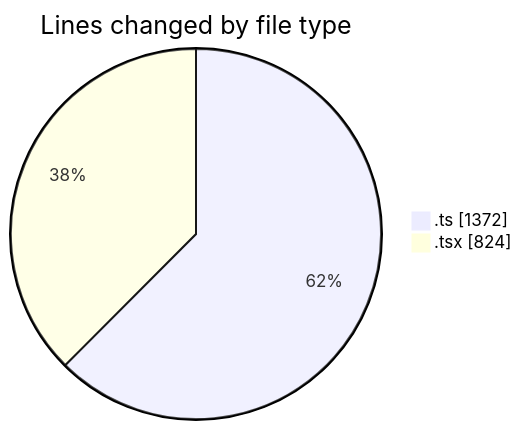
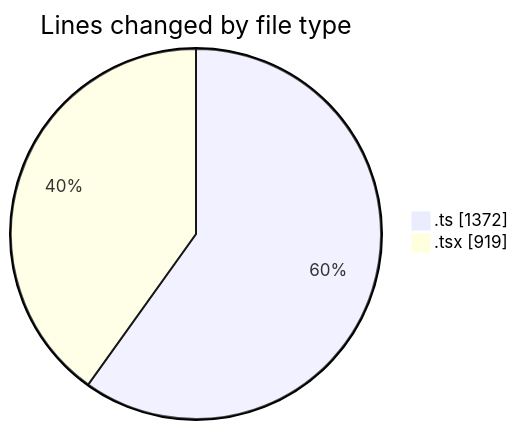
One commit to julien-gomy/code-tracking changed the first of 2 diagrams in 2025-10-23/eventscop-frontend-guide__workspace_/README.md. Above: the diagram before and after it, drawn with Mermaid. The commit also changed other lines of this file and 1 other file, not shown here.

````diff
--- a/2025-10-23/eventscop-frontend-guide__workspace_/README.md
+++ b/2025-10-23/eventscop-frontend-guide__workspace_/README.md
@@ -28,6 +29,6 @@
 ```mermaid
 pie showData
 title Lines changed by file type
 ".ts" : 1372
-".tsx" : 824
+".tsx" : 919
 ```
````
